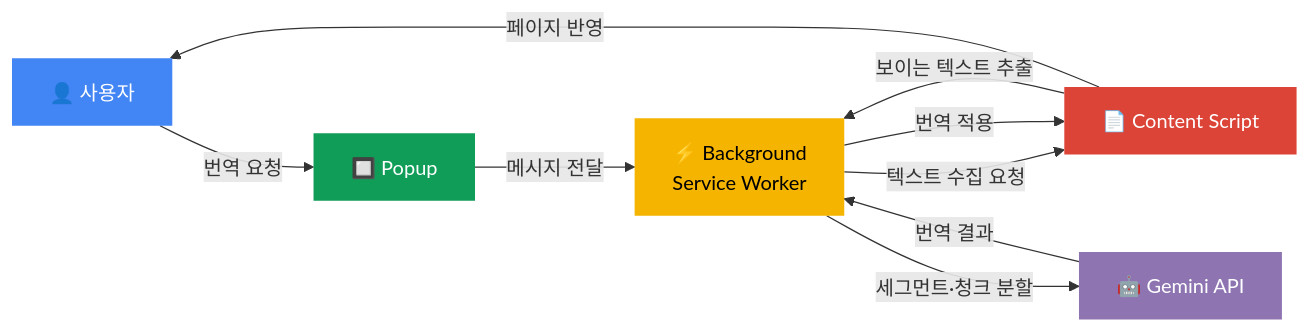
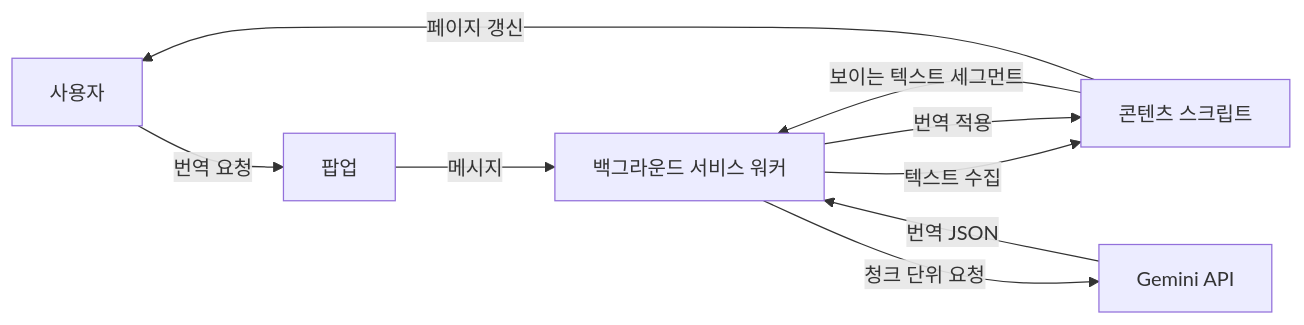
The diagram in README.ko.md (NANMAZINO/context-translator), drawn with Mermaid before and after one commit. The commit also changed other lines of this file and 8 other files, not shown here.

````diff
--- a/README.ko.md
+++ b/README.ko.md
@@ -95,17 +38,11 @@
 ```mermaid
 flowchart LR
-    A["👤 사용자"] -->|번역 요청| B["🔲 Popup"]
-    B -->|메시지 전달| C["⚡ Background\nService Worker"]
-    C -->|텍스트 수집 요청| D["📄 Content Script"]
-    D -->|보이는 텍스트 추출| C
-    C -->|세그먼트·청크 분할| E["🤖 Gemini API"]
-    E -->|번역 결과| C
+    A["사용자"] -->|번역 요청| B["팝업"]
+    B -->|메시지| C["백그라운드 서비스 워커"]
+    C -->|텍스트 수집| D["콘텐츠 스크립트"]
+    D -->|보이는 텍스트 세그먼트| C
+    C -->|청크 단위 요청| E["Gemini API"]
+    E -->|번역 JSON| C
     C -->|번역 적용| D
-    D -->|페이지 반영| A
-
-    style A fill:#4285F4,color:#fff,stroke:none
-    style B fill:#0F9D58,color:#fff,stroke:none
-    style C fill:#F4B400,color:#000,stroke:none
-    style D fill:#DB4437,color:#fff,stroke:none
-    style E fill:#8E75B2,color:#fff,stroke:none
+    D -->|페이지 갱신| A
 ```
````
